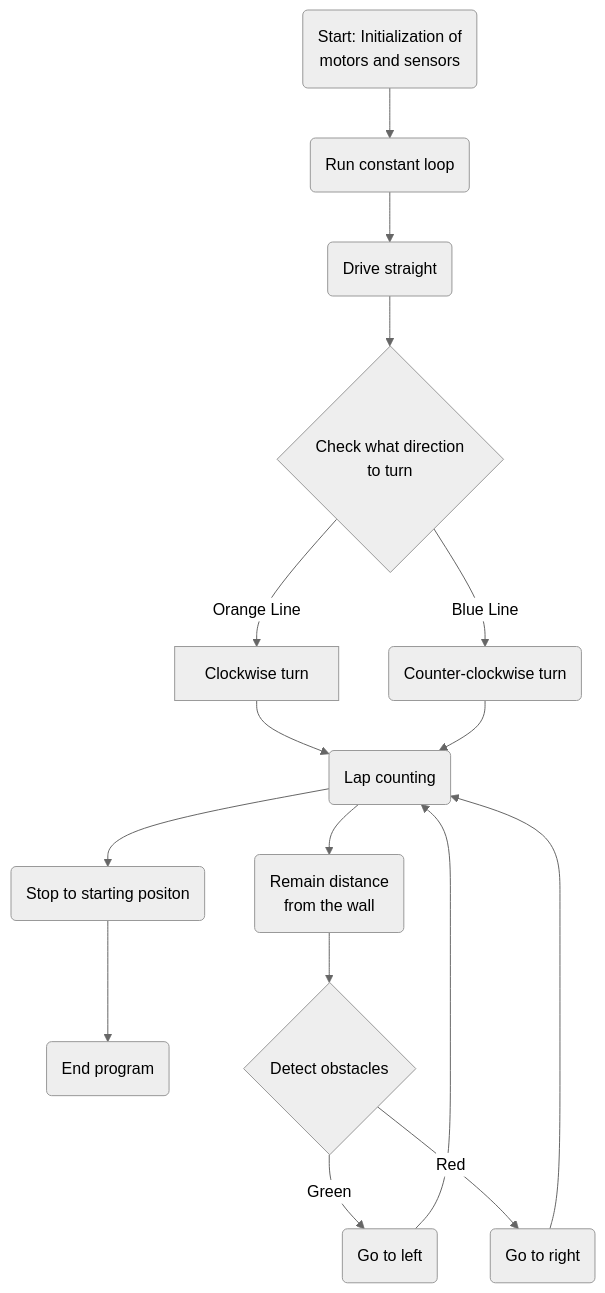
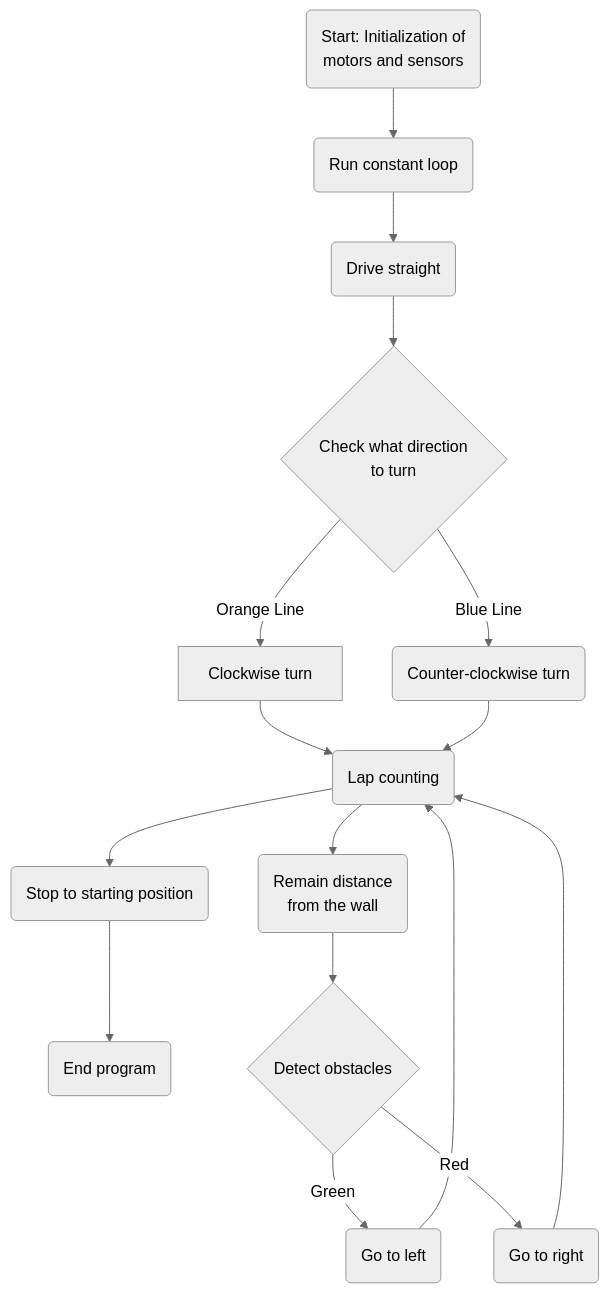
Before and after one commit to kinten4/pro2025-namnama: the diagram in README.md, drawn with Mermaid (neutral theme). The commit also changed other lines of this file, not shown here.

Commit message:
correction of typographical error on flow diagram

````diff
--- a/README.md
+++ b/README.md
@@ -67,21 +67,21 @@
 ```mermaid
 flowchart TD
     A("Start: Initialization of
     motors and sensors") --> B("Run constant loop")
     B --> C("Drive straight")
     C --> D{"Check what direction
     to turn"}
     D -- Orange Line --> E["Clockwise turn"]
     D -- Blue Line --> F("Counter-clockwise turn")
     E --> G("Lap counting")
     F --> G
-    G --> L("Stop to starting positon")
+    G --> L("Stop to starting position")
     L --> M("End program")
     G --> H("Remain distance
     from the wall")
     H --> I{"Detect obstacles"}
     I -- Green --> J("Go to left")
     I -- Red --> K("Go to right")
     J --> G 
     K --> G
 ```
````
